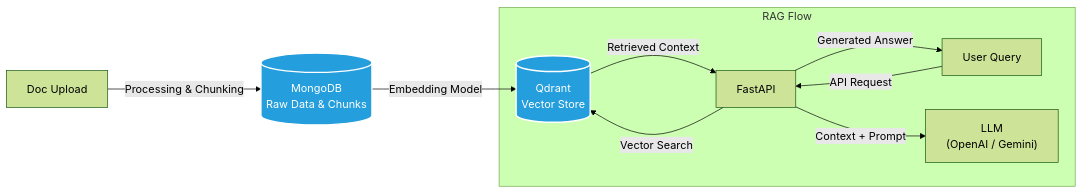
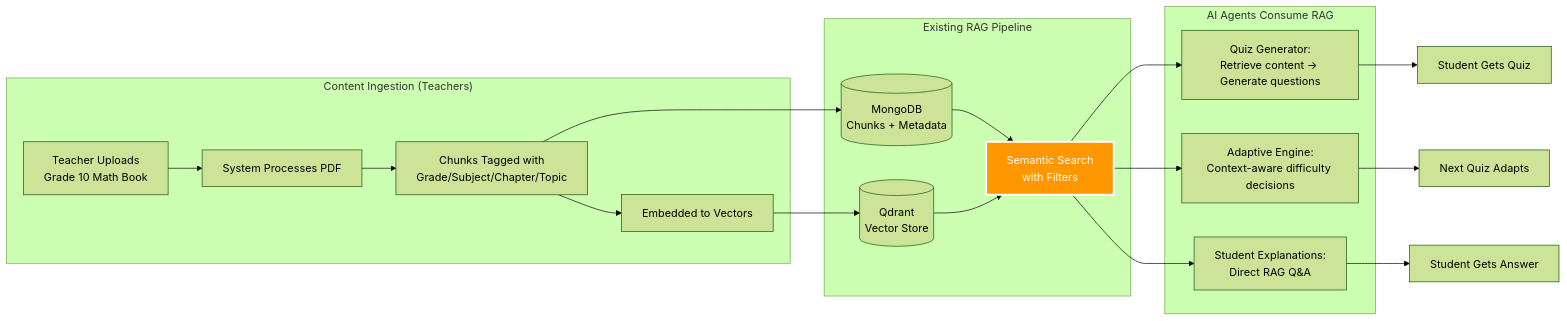
Before and after one commit to EbEmad/Contest-Rag: the fifth of 5 diagrams in README.md, drawn with Mermaid (forest theme). The commit also changed other lines of this file and 15 other files, not shown here.

````diff
--- a/README.md
+++ b/README.md
@@ -8,17 +260,38 @@
 ```mermaid
 graph LR
-    A[Doc Upload] -->|Processing & Chunking| B[(MongoDB<br>Raw Data & Chunks)]
-    B -->|Embedding Model| C[(Qdrant<br>Vector Store)]
+    subgraph "Content Ingestion (Teachers)"
+        T1[Teacher Uploads<br/>Grade 10 Math Book]
+        T2[System Processes PDF]
+        T3[Chunks Tagged with<br/>Grade/Subject/Chapter/Topic]
+        T4[Embedded to Vectors]
+    end
     
-    subgraph "RAG Flow"
-        User[User Query] -->|API Request| App[FastAPI]
-        App -->|Vector Search| C
-        C -->|Retrieved Context| App
-        App -->|"Context + Prompt"| LLM["LLM<br>(OpenAI / Gemini)"]
+    subgraph "Existing RAG Pipeline"
+        R1[(MongoDB<br/>Chunks + Metadata)]
+        R2[(Qdrant<br/>Vector Store)]
+        R3[Semantic Search<br/>with Filters]
     end
-
-    App -->|Generated Answer| User
-
-    classDef db fill:#249edc,stroke:#fff,stroke-width:2px,color:#fff
-    class B,C db
+    
+    subgraph "AI Agents Consume RAG"
+        A1["Quiz Generator:<br/>Retrieve content → Generate questions"]
+        A2["Adaptive Engine:<br/>Context-aware difficulty decisions"]
+        A3["Student Explanations:<br/>Direct RAG Q&A"]
+    end
+    
+    T1 --> T2 --> T3 --> T4
+    T3 --> R1
+    T4 --> R2
+    
+    R1 --> R3
+    R2 --> R3
+    
+    R3 --> A1
+    R3 --> A2
+    R3 --> A3
+    
+    A1 --> S1[Student Gets Quiz]
+    A2 --> S2[Next Quiz Adapts]
+    A3 --> S3[Student Gets Answer]
+    
+    style R3 fill:#FF9800,stroke:#fff,stroke-width:3px,color:#fff
 ```
````
